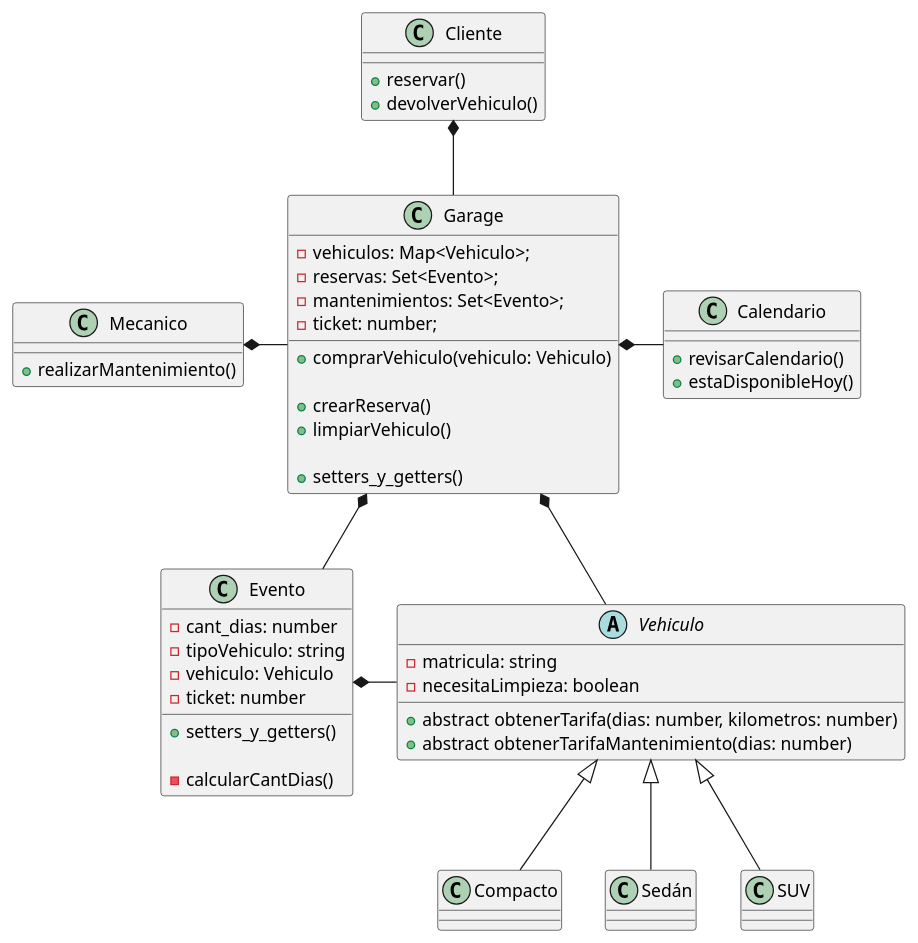
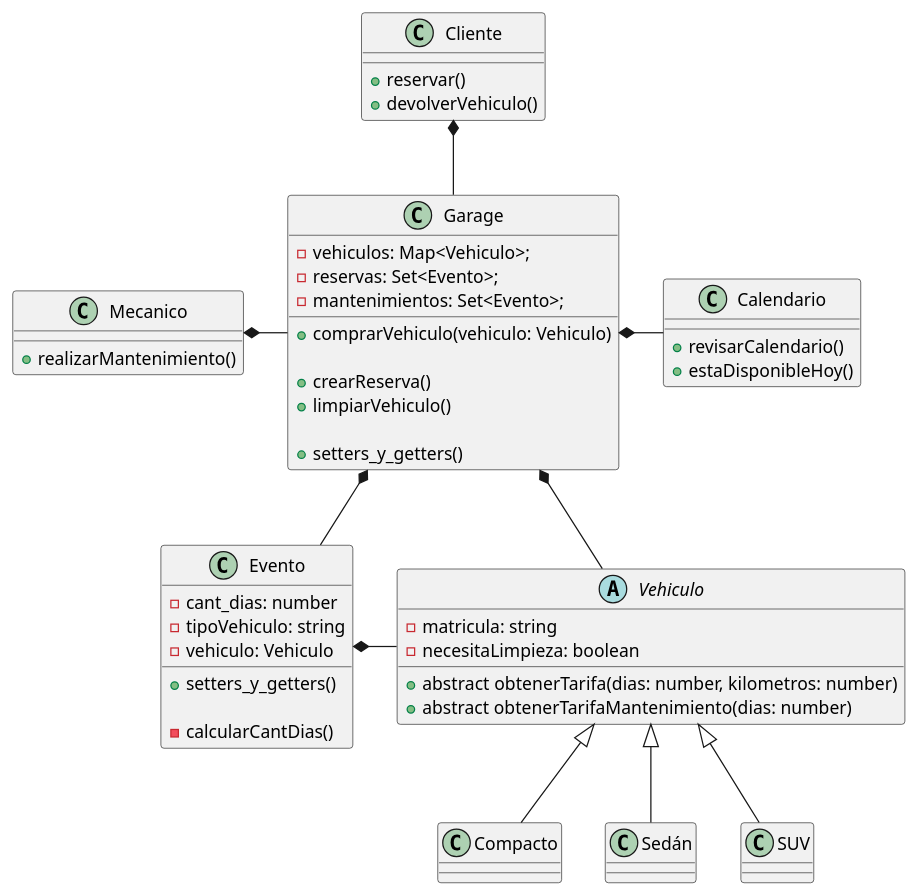
Before and after one commit to AlejoSuarez-37/Trabajo-Practico-Grupo16: the diagram in diagramas/clases.puml, drawn with PlantUML. The commit also changed 7 other files, not shown here.

```diff
--- a/diagramas/clases.puml
+++ b/diagramas/clases.puml
@@ -1,76 +1,74 @@
 @startuml Diagrama de clases
 class Garage {
     - vehiculos: Map<Vehiculo>;
     - reservas: Set<Evento>;
     - mantenimientos: Set<Evento>;
-    - ticket: number;
 
     + comprarVehiculo(vehiculo: Vehiculo)
 
     + crearReserva()
     + limpiarVehiculo()
 
     + setters_y_getters()
 }
 
 class Cliente {
     + reservar()
     + devolverVehiculo()
 }
 
 class Mecanico {
     + realizarMantenimiento()
 }
 
 abstract class Vehiculo {
     - matricula: string
     - necesitaLimpieza: boolean
     
     + abstract obtenerTarifa(dias: number, kilometros: number)
     + abstract obtenerTarifaMantenimiento(dias: number)
 }
 
 class Compacto {
 
 }
 class Sedán {
 
 }
 class SUV {
 
 }
 
 class Evento {
     - cant_dias: number
     - tipoVehiculo: string
     - vehiculo: Vehiculo
-    - ticket: number
 
     + setters_y_getters()
 
     - calcularCantDias()
 }
 
 class Calendario {
     + revisarCalendario()
     + estaDisponibleHoy()
 }
 
 
 ' Relaciones
 
 Cliente *-- Garage
 
 Mecanico *-r- Garage
 
 Garage *-d- Vehiculo
 Garage *-d- Evento
 Garage *-r- Calendario
 
 Evento *-r- Vehiculo
 
 Vehiculo <|-- Compacto
 Vehiculo <|-- Sedán
 Vehiculo <|-- SUV
 
 @enduml
```
